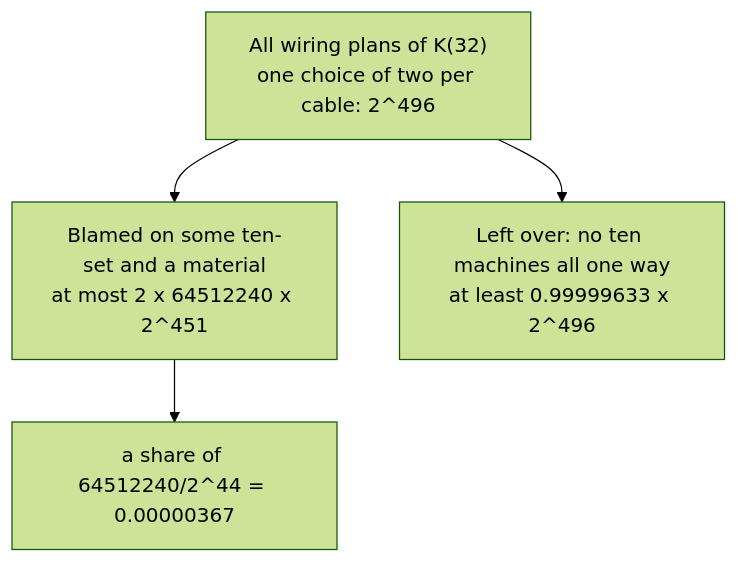
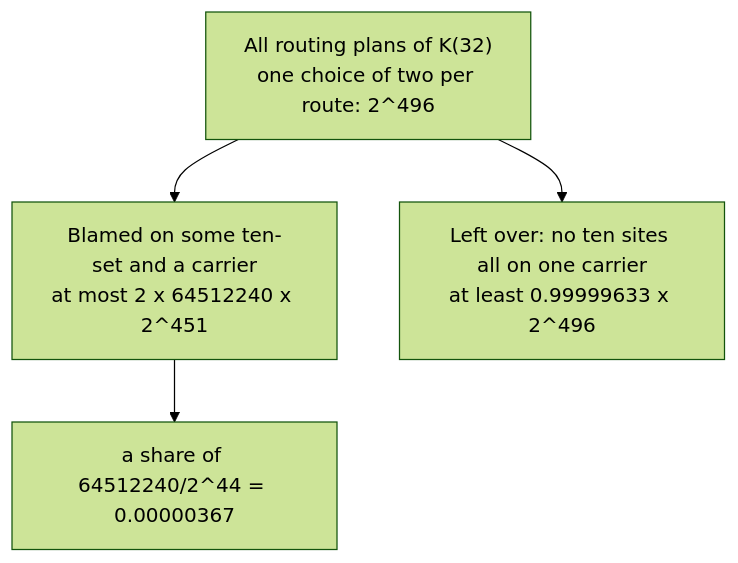
Before and after one commit to wappy-x/Mathematics: the diagram in Cards/04-Combinatorics and graphs/14-Ramsey and Extremal, in Outline/03-probabilistic-method-by-counting.md, drawn with Mermaid (forest theme). The commit also changed other lines of this file and 20 other files, not shown here.

````diff
--- a/Cards/04-Combinatorics and graphs/14-Ramsey and Extremal, in Outline/03-probabilistic-method-by-counting.md
+++ b/Cards/04-Combinatorics and graphs/14-Ramsey and Extremal, in Outline/03-probabilistic-method-by-counting.md
@@ -25,7 +27,7 @@
 ```mermaid
 flowchart TB
-    A["All wiring plans of K(32)<br/>one choice of two per cable: 2^496"]
-    A --> B["Blamed on some ten-set and a material<br/>at most 2 x 64512240 x 2^451"]
-    A --> C["Left over: no ten machines all one way<br/>at least 0.99999633 x 2^496"]
+    A["All routing plans of K(32)<br/>one choice of two per route: 2^496"]
+    A --> B["Blamed on some ten-set and a carrier<br/>at most 2 x 64512240 x 2^451"]
+    A --> C["Left over: no ten sites all on one carrier<br/>at least 0.99999633 x 2^496"]
     B --> D["a share of 64512240/2^44 = 0.00000367"]
 ```
````
